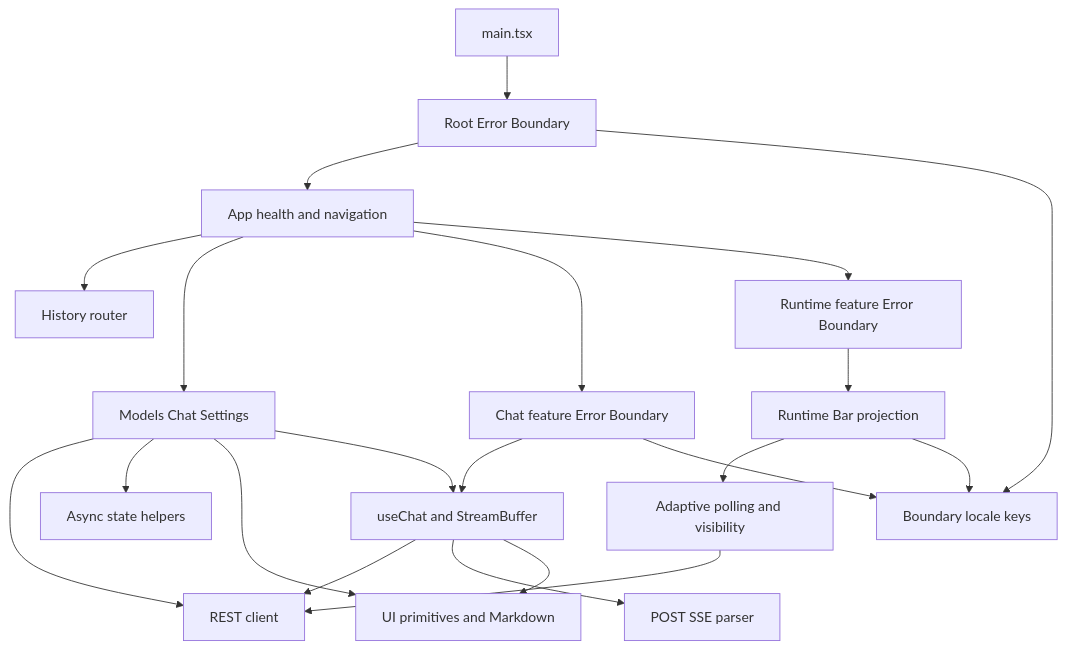
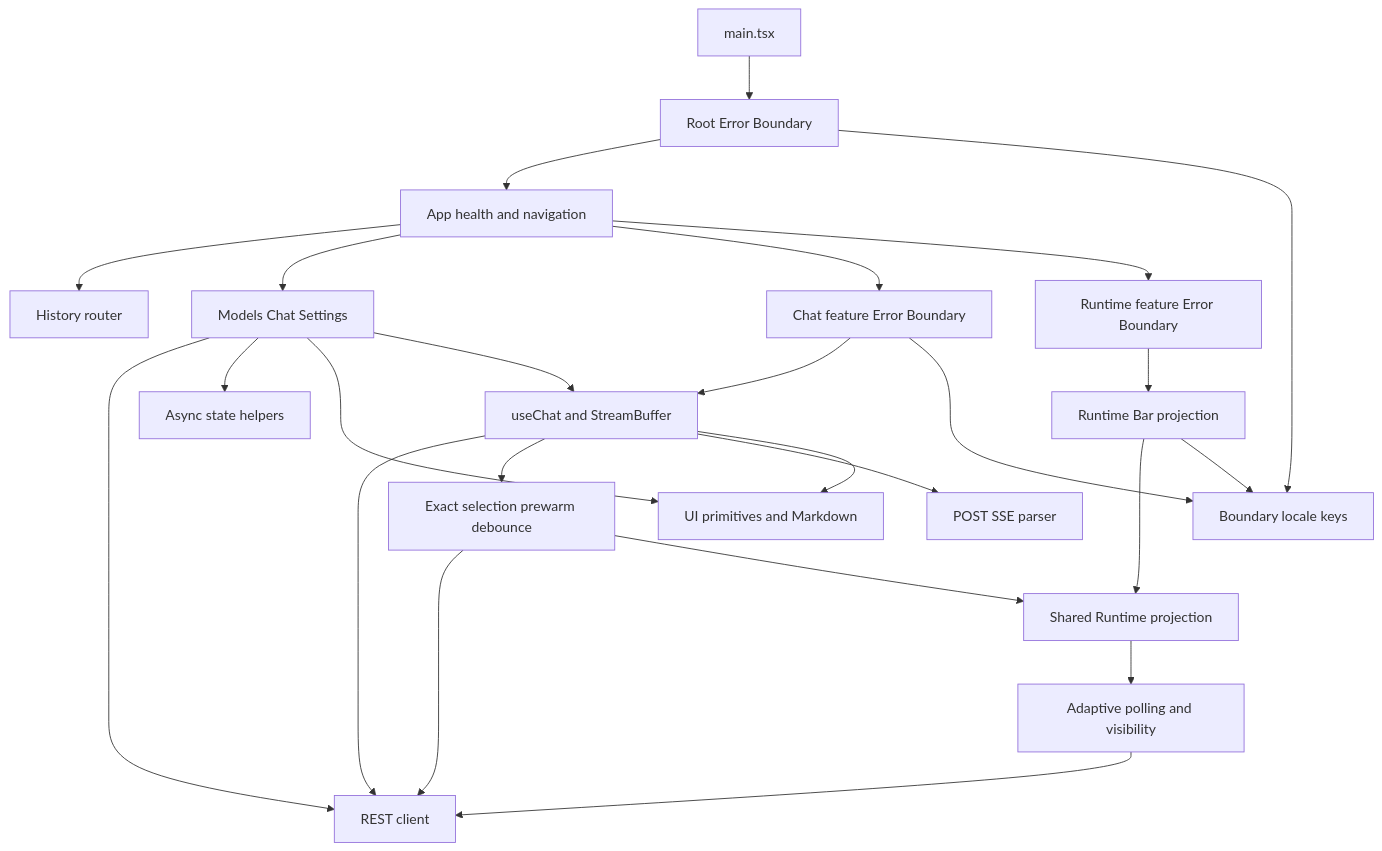
Before and after one commit to MattoYuzuru/Guanxi: the diagram in docs/architecture/diagrams/lld-web.mmd, drawn with Mermaid. The commit also changed 9 other files, not shown here.

```diff
--- a/docs/architecture/diagrams/lld-web.mmd
+++ b/docs/architecture/diagrams/lld-web.mmd
@@ -1,37 +1,43 @@
 flowchart TB
     Main[main.tsx]
     RootBoundary[Root Error Boundary]
     App[App health and navigation]
     ChatBoundary[Chat feature Error Boundary]
     RuntimeBoundary[Runtime feature Error Boundary]
     RuntimeBar[Runtime Bar projection]
+    RuntimeProjection[Shared Runtime projection]
     Polling[Adaptive polling and visibility]
     Router[History router]
     API[REST client]
     SSE[POST SSE parser]
     Async[Async state helpers]
     Pages[Models Chat Settings]
     Chat[useChat and StreamBuffer]
+    Prewarm[Exact selection prewarm debounce]
     UI[UI primitives and Markdown]
     Locale[Boundary locale keys]
 
     Main --> RootBoundary
     RootBoundary --> App
     RootBoundary --> Locale
     App --> Router
     App --> Pages
     App --> ChatBoundary
     App --> RuntimeBoundary
     RuntimeBoundary --> RuntimeBar
-    RuntimeBar --> Polling
+    RuntimeBar --> RuntimeProjection
+    RuntimeProjection --> Polling
     Polling --> API
     RuntimeBar --> Locale
     ChatBoundary --> Chat
     ChatBoundary --> Locale
     Pages --> API
     Pages --> Async
     Pages --> UI
     Pages --> Chat
     Chat --> API
+    Chat --> Prewarm
+    Prewarm --> API
+    Prewarm --> RuntimeProjection
     Chat --> SSE
     Chat --> UI
```
